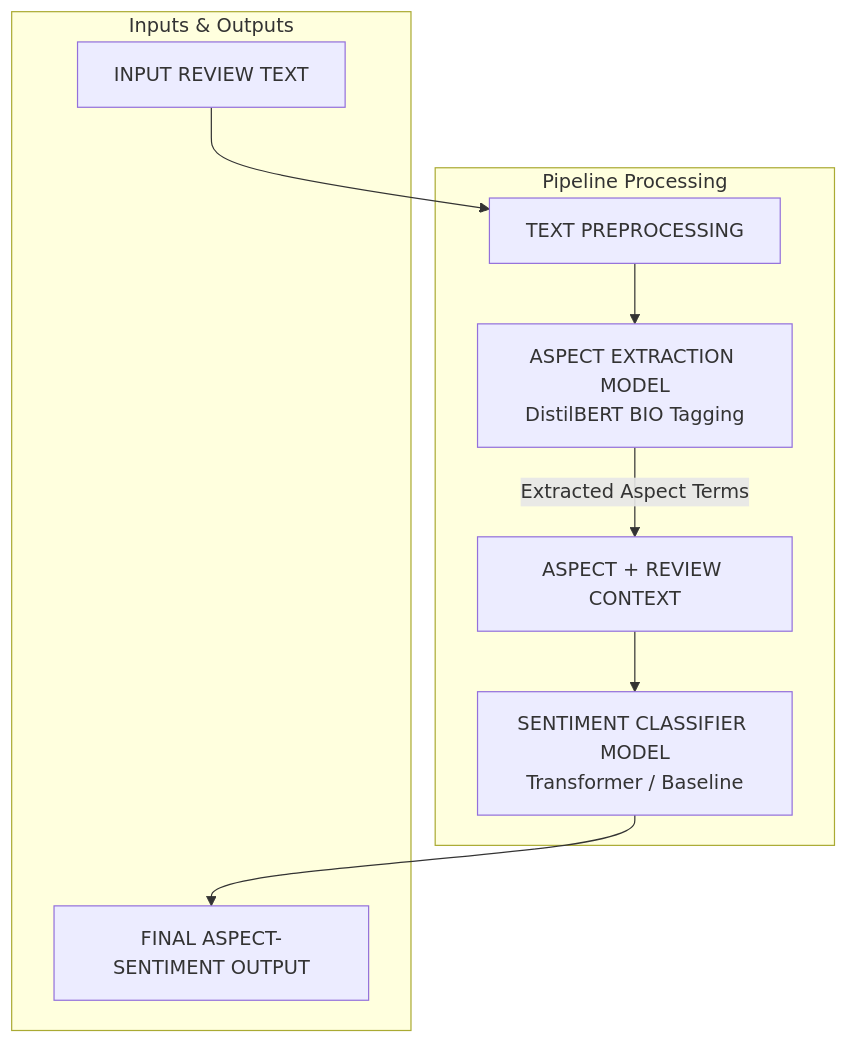
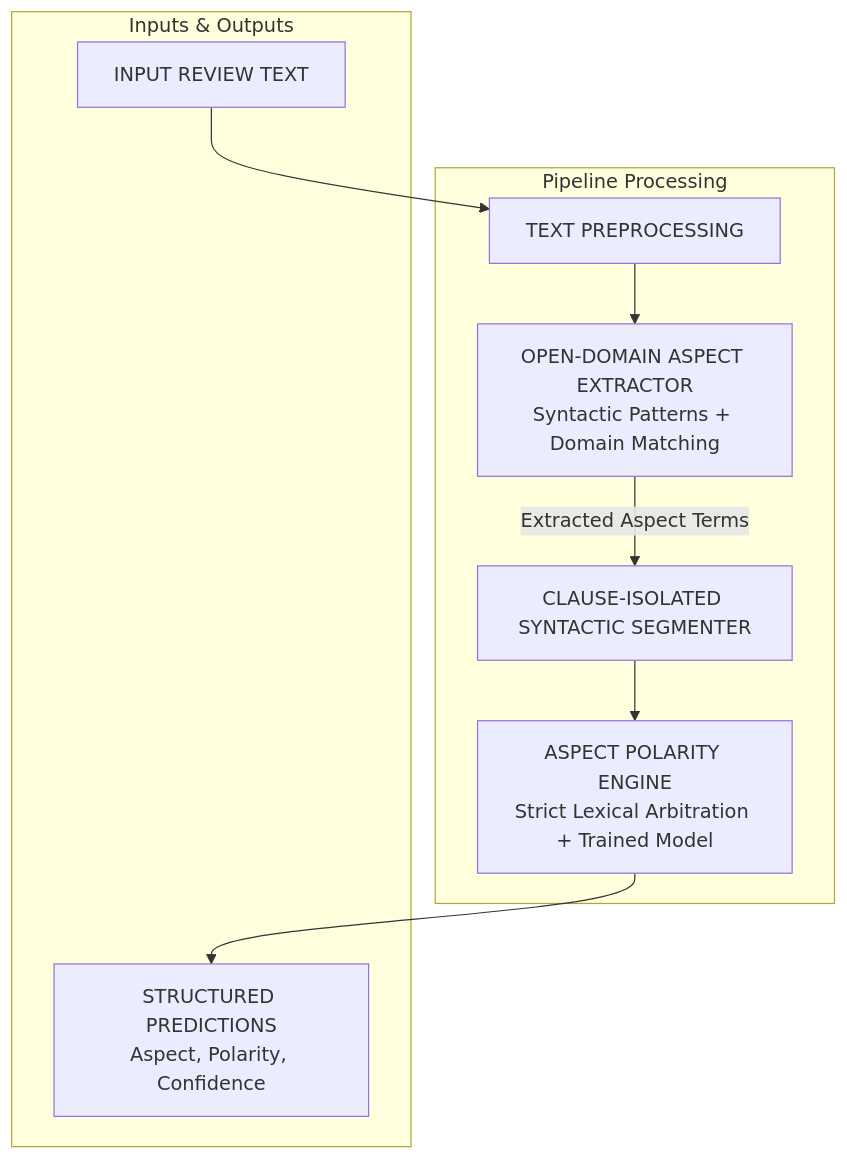
Before and after one commit to chary-09/AIDS_HACKATHON: the diagram in README.md, drawn with Mermaid. The commit also changed other lines of this file, not shown here.

````diff
--- a/README.md
+++ b/README.md
@@ -11,20 +9,20 @@
 ```mermaid
 flowchart TD
     A[INPUT REVIEW TEXT] --> B[TEXT PREPROCESSING]
-    B --> C[ASPECT EXTRACTION MODEL\nDistilBERT BIO Tagging]
-    C -->|Extracted Aspect Terms| D[ASPECT + REVIEW CONTEXT]
-    D --> E[SENTIMENT CLASSIFIER MODEL\nTransformer / Baseline]
-    E --> F[FINAL ASPECT-SENTIMENT OUTPUT]
+    B --> C[OPEN-DOMAIN ASPECT EXTRACTOR\nSyntactic Patterns + Domain Matching]
+    C -->|Extracted Aspect Terms| D[CLAUSE-ISOLATED SYNTACTIC SEGMENTER]
+    D --> E[ASPECT POLARITY ENGINE\nStrict Lexical Arbitration + Trained Model]
+    E --> F[STRUCTURED PREDICTIONS\nAspect, Polarity, Confidence]
 
     subgraph Pipeline Processing
     B
     C
     D
     E
     end
 
     subgraph Inputs & Outputs
     A
     F
     end
 ```
````
